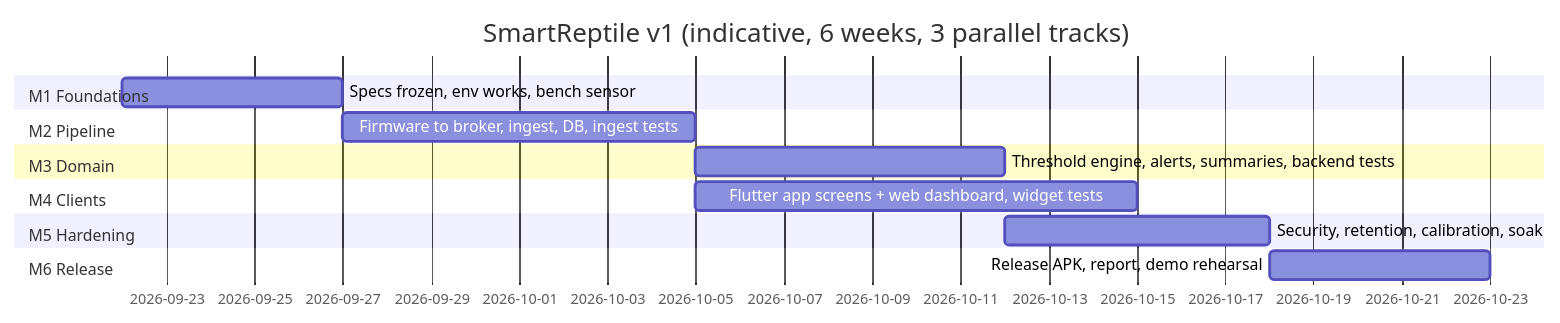
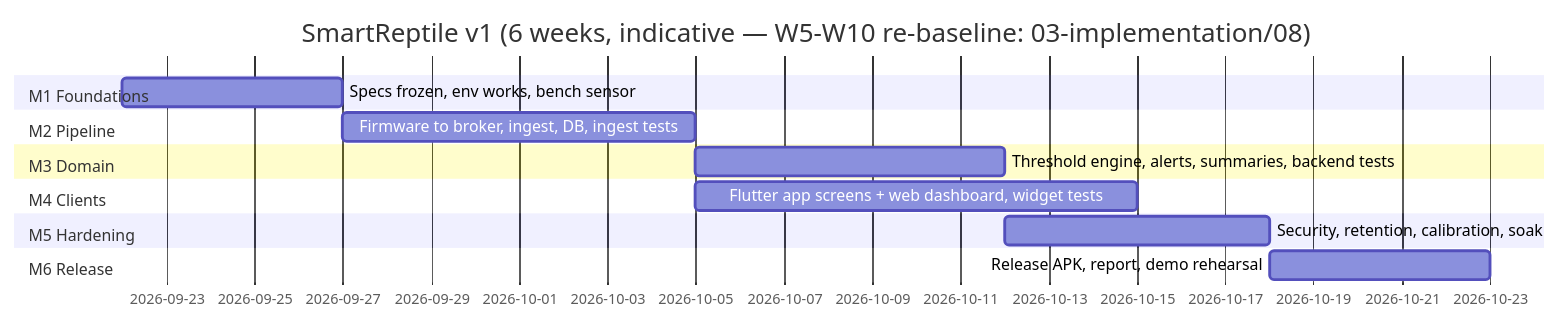
Before and after one commit to N3m310/smartreptile: the diagram in docs/03-implementation/07-implementation-roadmap.md, drawn with Mermaid. The commit also changed other lines of this file and 6 other files, not shown here.

````diff
--- a/docs/03-implementation/07-implementation-roadmap.md
+++ b/docs/03-implementation/07-implementation-roadmap.md
@@ -6,17 +6,17 @@
 ```mermaid
 gantt
   dateFormat  YYYY-MM-DD
-  title SmartReptile v1 (indicative, 6 weeks, 3 parallel tracks)
+  title SmartReptile v1 (6 weeks, indicative — W5-W10 re-baseline: 03-implementation/08)
   section M1 Foundations
   Specs frozen, env works, bench sensor  :a1, 2026-09-22, 5d
   section M2 Pipeline
   Firmware to broker, ingest, DB, ingest tests :a2, after a1, 8d
   section M3 Domain
   Threshold engine, alerts, summaries, backend tests :a3, after a2, 7d
   section M4 Clients
   Flutter app screens + web dashboard, widget tests :a4, after a2, 10d
   section M5 Hardening
   Security, retention, calibration, soak :a5, after a3, 6d
   section M6 Release
   Release APK, report, demo rehearsal :a6, after a5, 5d
 ```
````
